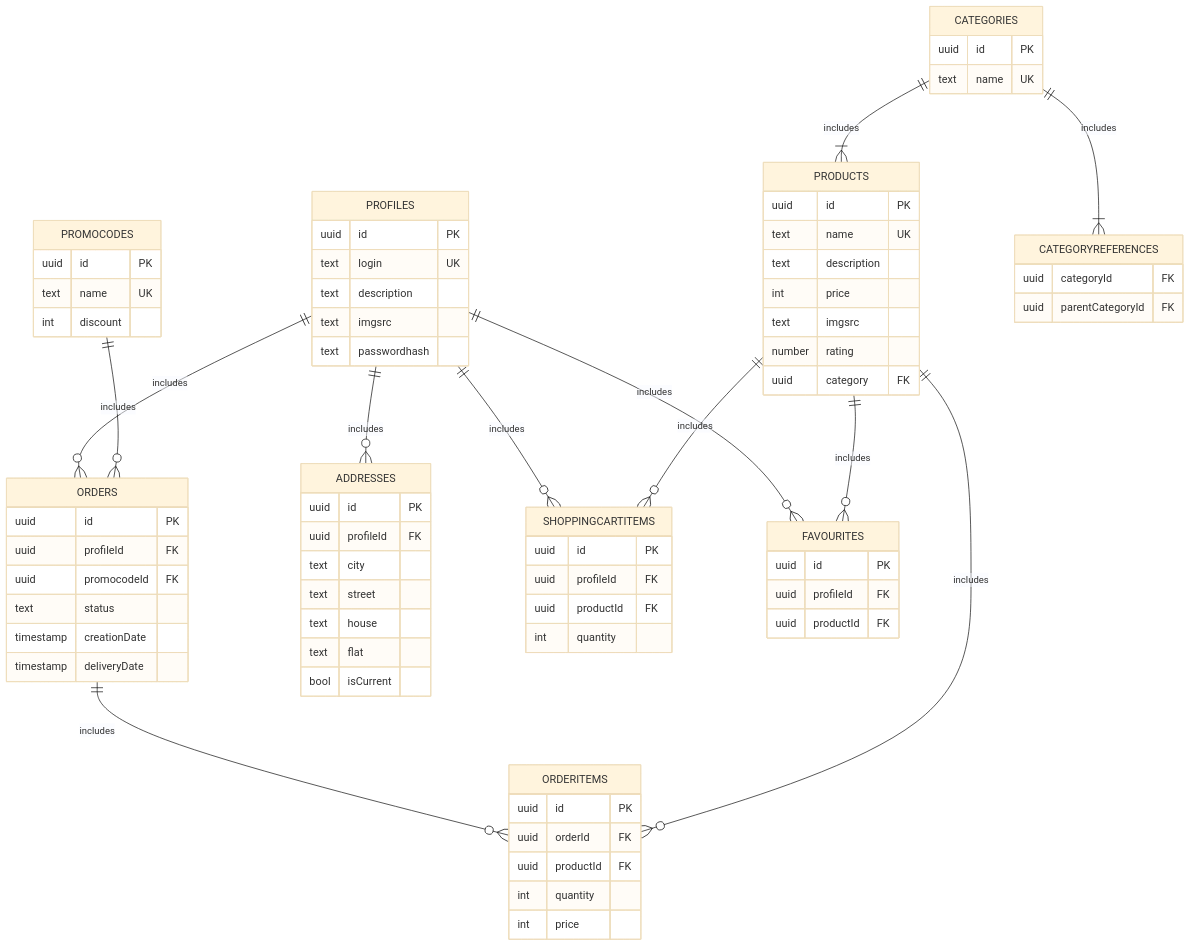
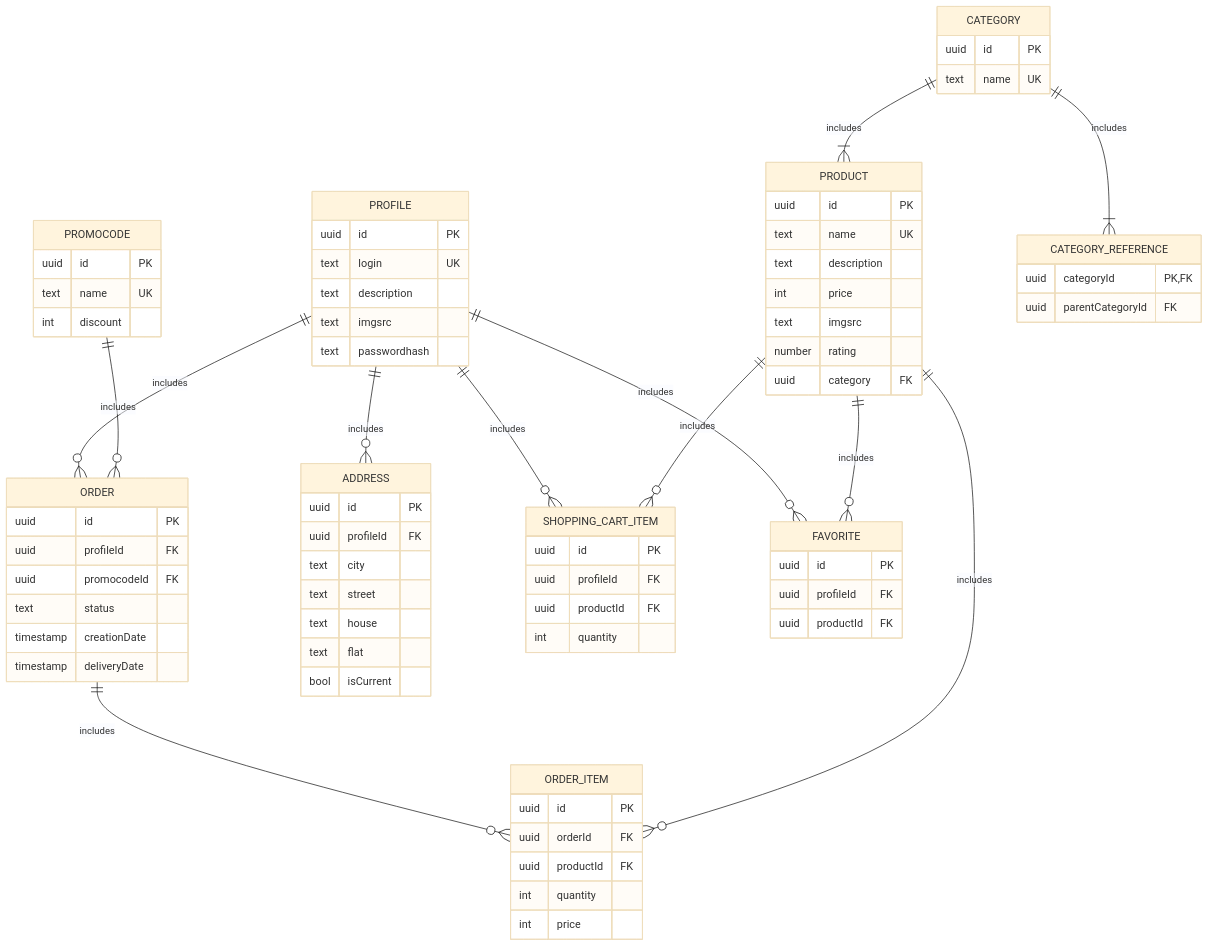
The diagram in db/normalized/relations.md (go-park-mail-ru/2023_2_potatiki), drawn with Mermaid (base theme) before and after one commit. The commit also changed other lines of this file and 4 other files, not shown here.

````diff
--- a/db/normalized/relations.md
+++ b/db/normalized/relations.md
@@ -32,92 +85,92 @@
 ```mermaid
 erDiagram
-    PROFILES ||--o{ ORDERS : includes
-    PROFILES ||--o{ ADDRESSES : includes
-    PROFILES ||--o{ SHOPPINGCARTITEMS : includes
-    PROFILES ||--o{ FAVOURITES : includes
-    
-    PROMOCODES ||--o{ ORDERS : includes
-    ORDERS ||--o{ ORDERITEMS : includes
+  PROFILE ||--o{ ORDER : includes
+  PROFILE ||--o{ ADDRESS : includes
+  PROFILE ||--o{ SHOPPING_CART_ITEM : includes
+  PROFILE ||--o{ FAVORITE : includes
 
-    PRODUCTS ||--o{ ORDERITEMS : includes
-    PRODUCTS ||--o{ SHOPPINGCARTITEMS : includes
-    CATEGORIES ||--|{ PRODUCTS : includes
-    PRODUCTS ||--o{ FAVOURITES : includes
+  PROMOCODE ||--o{ ORDER : includes
+  ORDER ||--o{ ORDER_ITEM : includes
 
-    CATEGORIES ||--|{ CATEGORYREFERENCES : includes
+  PRODUCT ||--o{ ORDER_ITEM: includes
+  PRODUCT ||--o{ SHOPPING_CART_ITEM : includes
+  CATEGORY ||--|{ PRODUCT : includes
+  PRODUCT ||--o{ FAVORITE : includes
 
-    PROFILES {
-        uuid id PK
-        text login UK
-        text description
-        text imgsrc
-        text passwordhash
-    }
-    
-    PRODUCTS {
-        uuid id PK
-        text name UK
-        text description
-        int price
-        text imgsrc
-        number rating
-        uuid category FK
-    }
+  CATEGORY ||--|{ CATEGORY_REFERENCE : includes
 
-    FAVOURITES {
-        uuid id PK
-        uuid profileId FK
-        uuid productId FK
-    }
+  PROFILE {
+    uuid id PK
+    text login UK
+    text description
+    text imgsrc
+    text passwordhash
+  }
 
-    ORDERS {
-        uuid id PK
-        uuid profileId FK
-        uuid promocodeId FK
-        text status
-        timestamp creationDate
-        timestamp deliveryDate
-    }
+  PRODUCT {
+    uuid id PK
+    text name UK
+    text description
+    int price
+    text imgsrc
+    number rating
+    uuid category FK
+  }
 
-    ORDERITEMS {
-        uuid id PK
-        uuid orderId FK
-        uuid productId FK
-        int quantity
-        int price
-    }
+  FAVORITE {
+    uuid id PK
+    uuid profileId FK
+    uuid productId FK
+  }
 
-    ADDRESSES {
-        uuid id PK
-        uuid profileId FK
-        text city
-        text street
-        text house
-        text flat
-        bool isCurrent
-    }
+  ORDER {
+    uuid id PK
+    uuid profileId FK
+    uuid promocodeId FK
+    text status
+    timestamp creationDate
+    timestamp deliveryDate
+  }
 
-    CATEGORIES {
-        uuid id PK
-        text name UK
-    }
+  ORDER_ITEM {
+    uuid id PK
+    uuid orderId FK
+    uuid productId FK
+    int quantity
+    int price
+  }
 
-    CATEGORYREFERENCES {
-        uuid categoryId FK
-        uuid parentCategoryId FK
-    }
+  ADDRESS {
+    uuid id PK
+    uuid profileId FK
+    text city
+    text street
+    text house
+    text flat
+    bool isCurrent
+  }
 
-    SHOPPINGCARTITEMS {
-        uuid id PK
-        uuid profileId FK
-        uuid productId FK
-        int quantity
-    }
+  CATEGORY {
+    uuid id PK
+    text name UK
+  }
 
-    PROMOCODES {
-        uuid id PK
-        text name UK
-        int discount
-    }
+  CATEGORY_REFERENCE {
+    uuid categoryId PK, FK
+    uuid parentCategoryId FK
+  }
+
+  SHOPPING_CART_ITEM {
+    uuid id PK
+    uuid profileId FK
+    uuid productId FK
+    int quantity
+  }
+
+  PROMOCODE {
+    uuid id PK
+    text name UK
+    int discount
+  }
 
 ```
````
